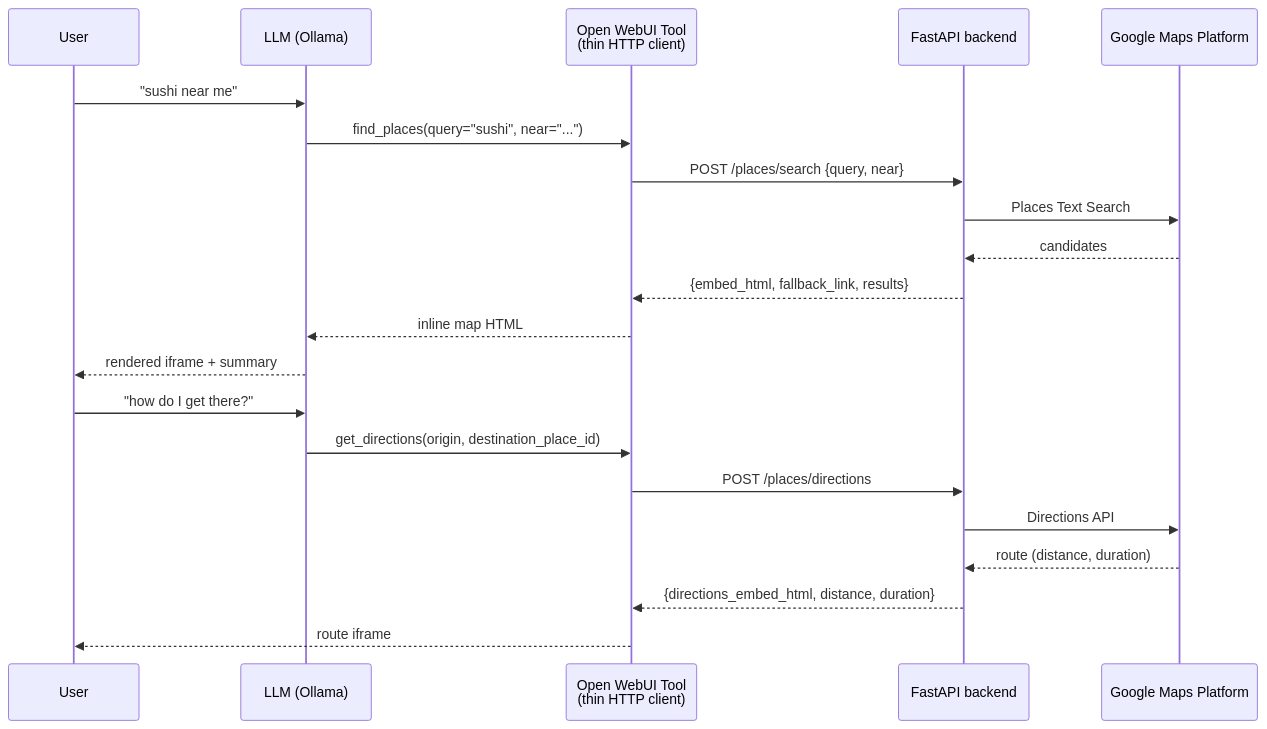
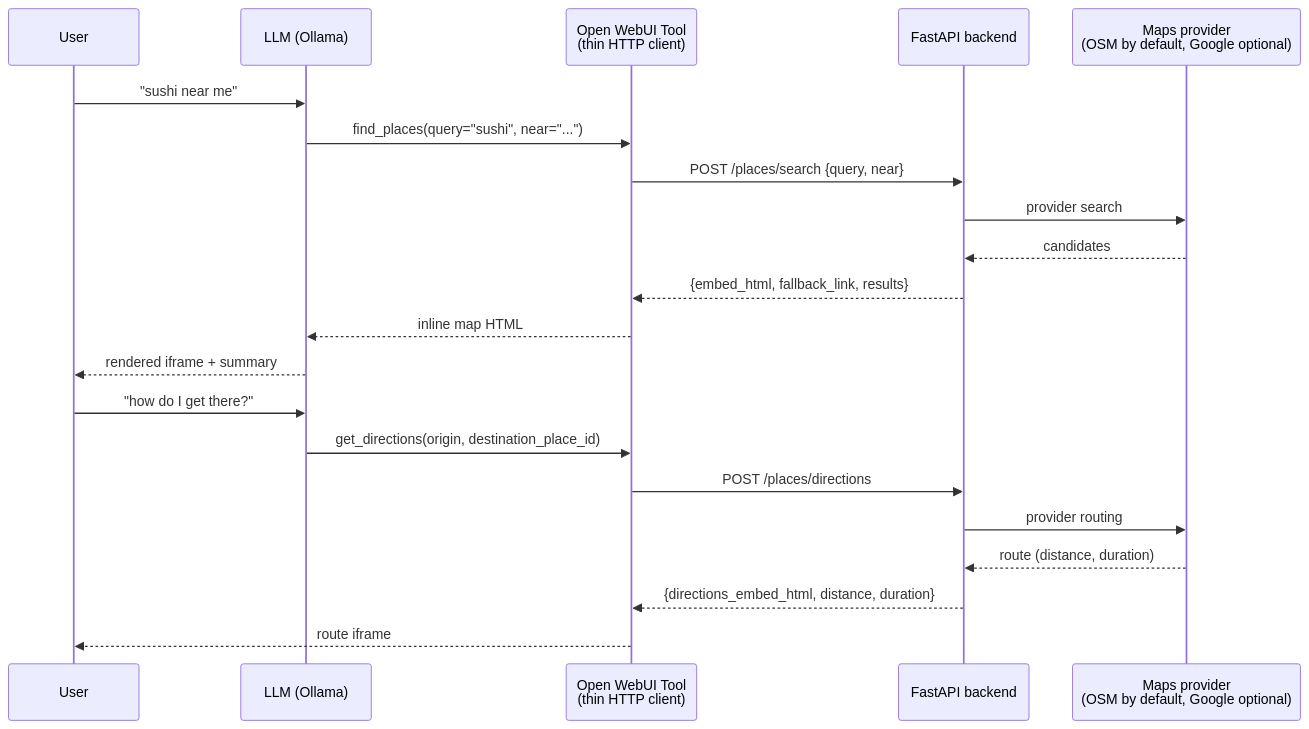
The diagram in docs/DECISIONS.md (tiojevero/llm-maps-bridge), drawn with Mermaid before and after one commit. The commit also changed other lines of this file, not shown here.

Commit message:
docs: update design decisions to include OSM/Google provider abstraction, zero-config startup, and ID handling rationale

````diff
--- a/docs/DECISIONS.md
+++ b/docs/DECISIONS.md
@@ -9,25 +22,25 @@
 ```mermaid
 sequenceDiagram
     participant User
     participant LLM as LLM (Ollama)
     participant Tool as Open WebUI Tool<br/>(thin HTTP client)
     participant API as FastAPI backend
-    participant Google as Google Maps Platform
+    participant Maps as Maps provider<br/>(OSM by default, Google optional)
 
     User->>LLM: "sushi near me"
     LLM->>Tool: find_places(query="sushi", near="...")
     Tool->>API: POST /places/search {query, near}
-    API->>Google: Places Text Search
-    Google-->>API: candidates
+    API->>Maps: provider search
+    Maps-->>API: candidates
     API-->>Tool: {embed_html, fallback_link, results}
     Tool-->>LLM: inline map HTML
     LLM-->>User: rendered iframe + summary
 
     User->>LLM: "how do I get there?"
     LLM->>Tool: get_directions(origin, destination_place_id)
     Tool->>API: POST /places/directions
-    API->>Google: Directions API
-    Google-->>API: route (distance, duration)
+    API->>Maps: provider routing
+    Maps-->>API: route (distance, duration)
     API-->>Tool: {directions_embed_html, distance, duration}
     Tool-->>User: route iframe
 ```
````
